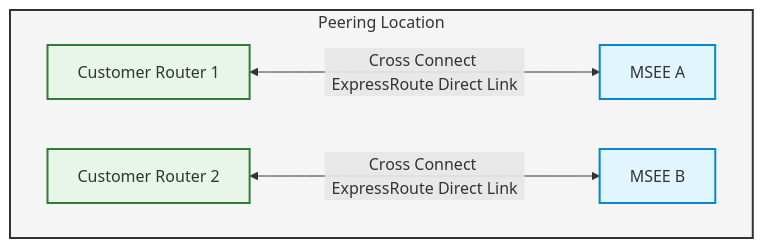
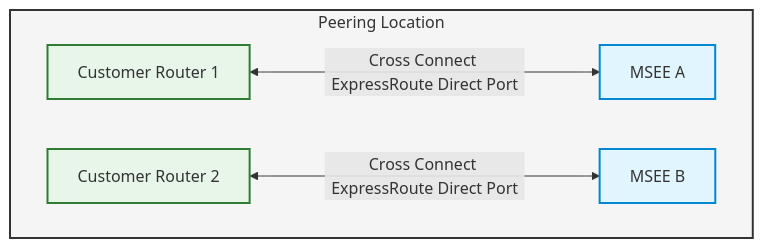
Before and after one commit to simonpainter/www.simonpainter.com: the first of 3 diagrams in docs/Tech/Azure/expressroute-naming-conventions.md, drawn with Mermaid. The commit also changed other lines of this file, not shown here.

Commit message:
Updated ERD Links to be ports and ERDs to be port pairs.

````diff
--- a/docs/Tech/Azure/expressroute-naming-conventions.md
+++ b/docs/Tech/Azure/expressroute-naming-conventions.md
@@ -16,19 +16,19 @@
 ```mermaid
 flowchart TD
     subgraph PL[Peering Location]
         CR1[Customer Router 1]
         CR2[Customer Router 2]
         MSEE_A[MSEE A]
         MSEE_B[MSEE B]
         
-        CR1 <--->|"Cross Connect ExpressRoute Direct Link"| MSEE_A
-        CR2 <--->|"Cross Connect ExpressRoute Direct Link"| MSEE_B
+        CR1 <--->|"Cross Connect ExpressRoute Direct Port"| MSEE_A
+        CR2 <--->|"Cross Connect ExpressRoute Direct Port"| MSEE_B
     end
 
     style PL fill:#f5f5f5,stroke:#333,stroke-width:2px
     style CR1 fill:#e8f5e9,stroke:#2e7d32,stroke-width:2px
     style CR2 fill:#e8f5e9,stroke:#2e7d32,stroke-width:2px
     style MSEE_A fill:#e1f5fe,stroke:#0288d1,stroke-width:2px
     style MSEE_B fill:#e1f5fe,stroke:#0288d1,stroke-width:2px
 
 ```
````
